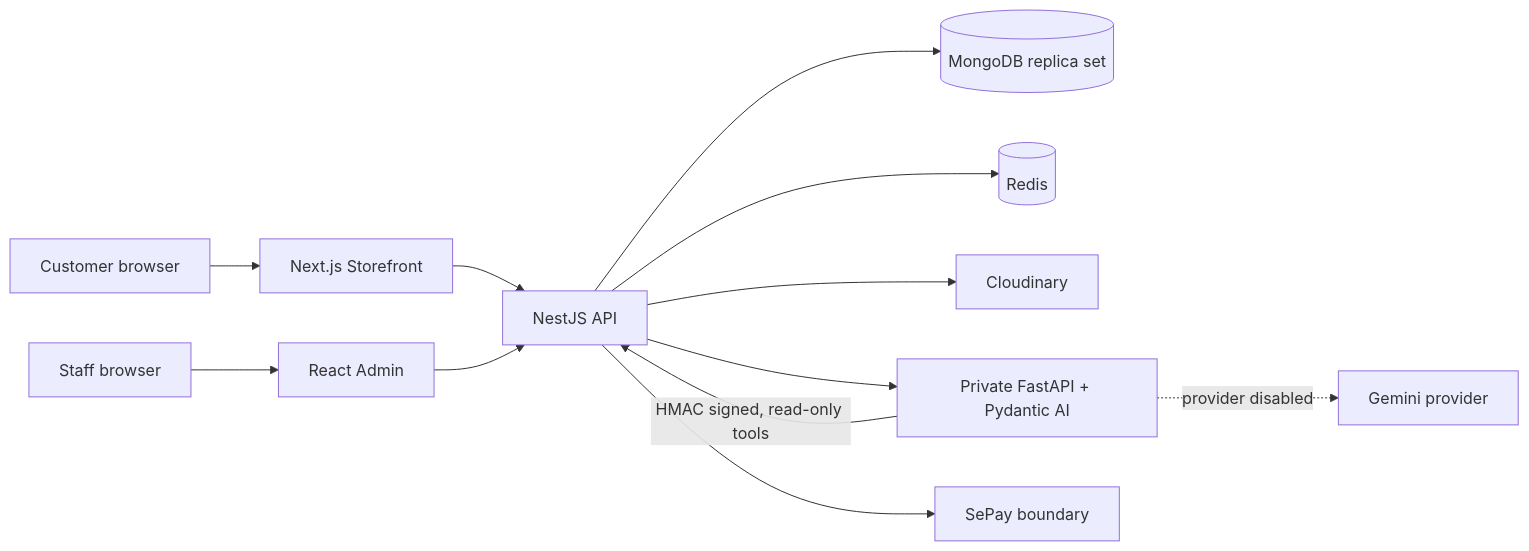
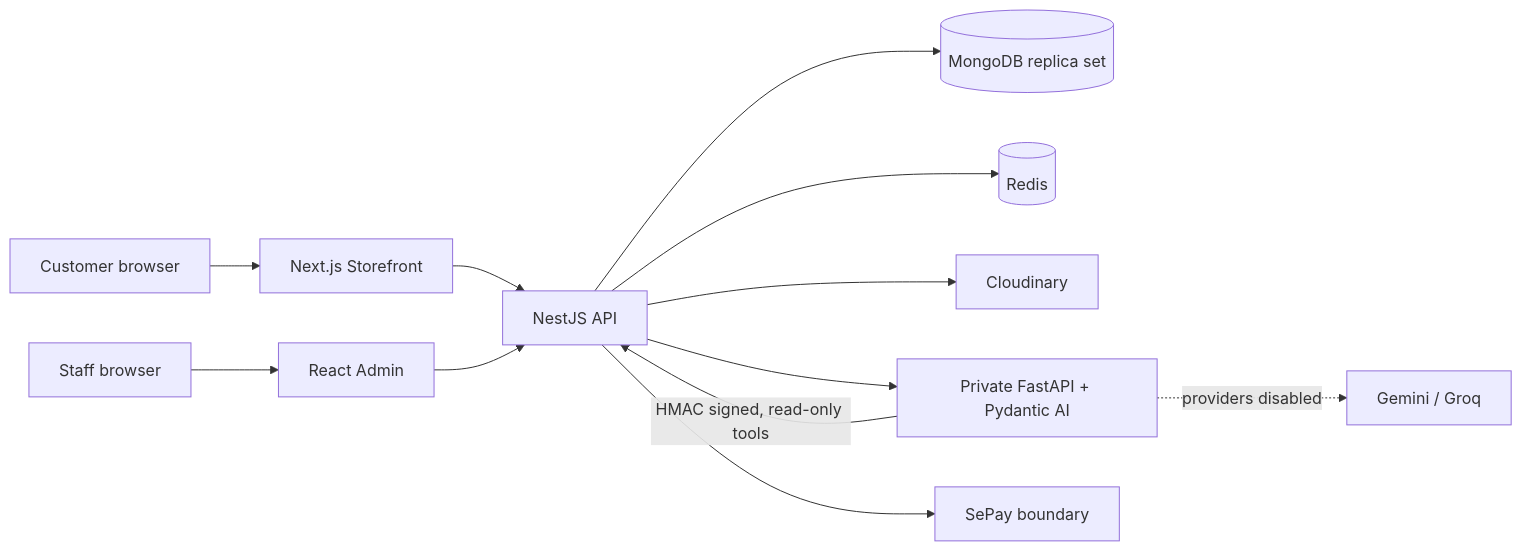
One commit to khanhlinhcode/farta-commerce changed the diagram in README.md. Above: the diagram before and after it, drawn with Mermaid. The commit also changed other lines of this file and 7 other files, not shown here.

````diff
--- a/README.md
+++ b/README.md
@@ -40,14 +41,14 @@
 ```mermaid
 flowchart LR
   Browser[Customer browser] --> Storefront[Next.js Storefront]
   Staff[Staff browser] --> Admin[React Admin]
   Storefront --> API[NestJS API]
   Admin --> API
   API --> Mongo[(MongoDB replica set)]
   API --> Redis[(Redis)]
   API --> Cloudinary[Cloudinary]
   API --> AI[Private FastAPI + Pydantic AI]
-  AI -. provider disabled .-> Gemini[Gemini provider]
+  AI -. providers disabled .-> Providers[Gemini / Groq]
   AI -->|HMAC signed, read-only tools| API
   API --> SePay[SePay boundary]
 ```
````
